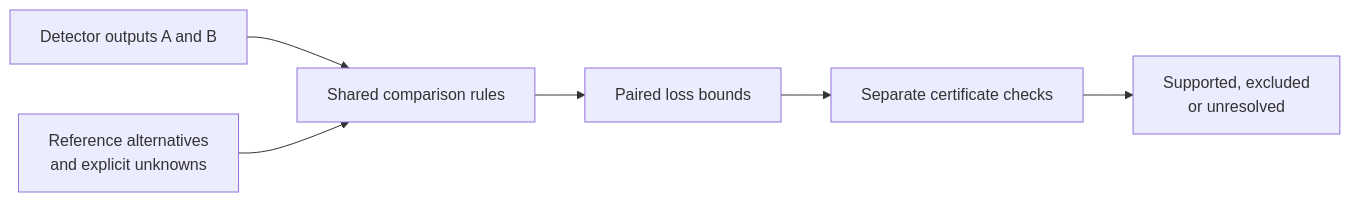
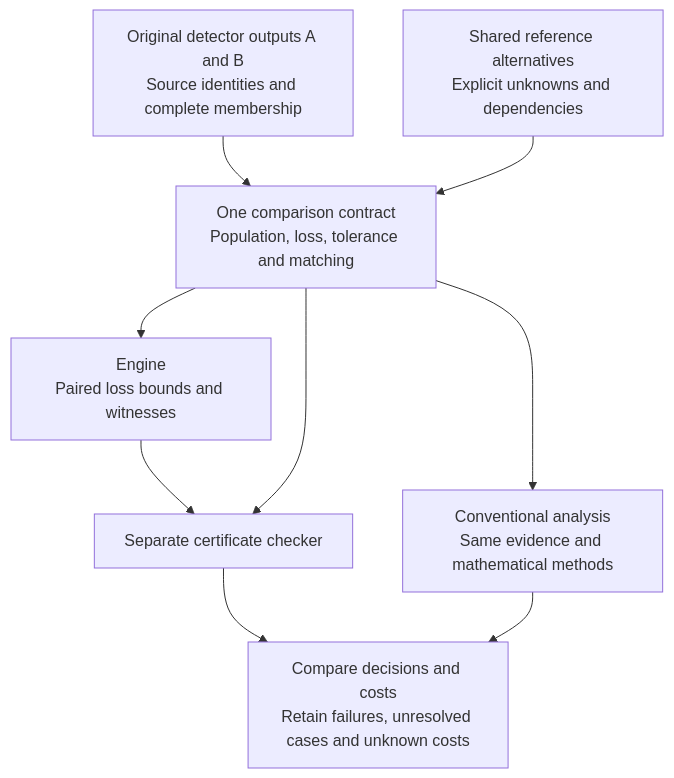
Before and after one commit to manfromnowhere143/reiyah: the first of 6 diagrams in README.md, drawn with Mermaid. The commit also changed other lines of this file and 2 other files, not shown here.

First line of the commit message:
Restore Reiyah's research explanation and diagrams

````diff
--- a/README.md
+++ b/README.md
@@ -37,8 +57,11 @@
 ```mermaid
-flowchart LR
-  A["Detector outputs A and B"] --> C["Shared comparison rules"]
-  B["Reference alternatives<br/>and explicit unknowns"] --> C
-  C --> D["Paired loss bounds"]
-  D --> E["Separate certificate checks"]
-  E --> F["Supported, excluded<br/>or unresolved"]
+flowchart TB
+  A["Original detector outputs A and B<br/>Source identities and complete membership"] --> C["One comparison contract<br/>Population, loss, tolerance and matching"]
+  R["Shared reference alternatives<br/>Explicit unknowns and dependencies"] --> C
+  C --> E["Engine<br/>Paired loss bounds and witnesses"]
+  C --> B["Conventional analysis<br/>Same evidence and mathematical methods"]
+  E --> K["Separate certificate checker"]
+  C --> K
+  K --> V["Compare decisions and costs<br/>Retain failures, unresolved cases and unknown costs"]
+  B --> V
 ```
````
